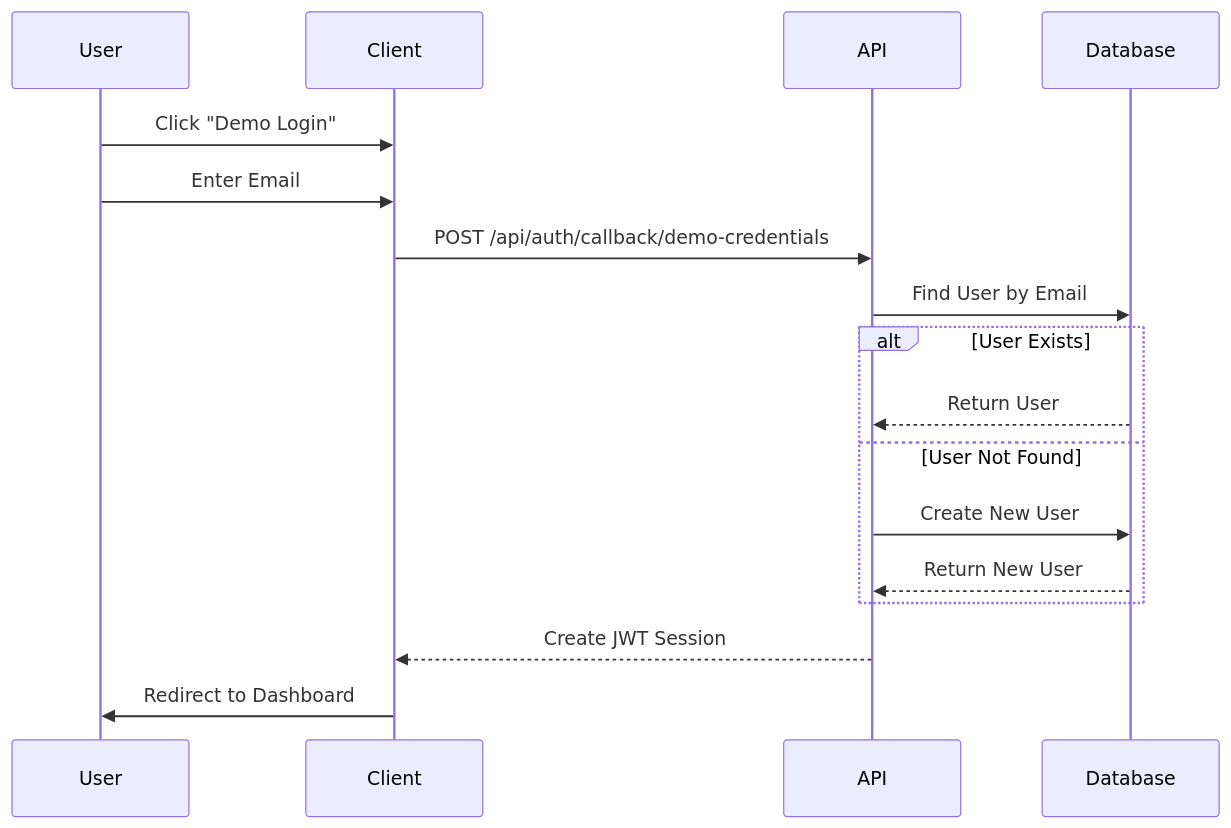
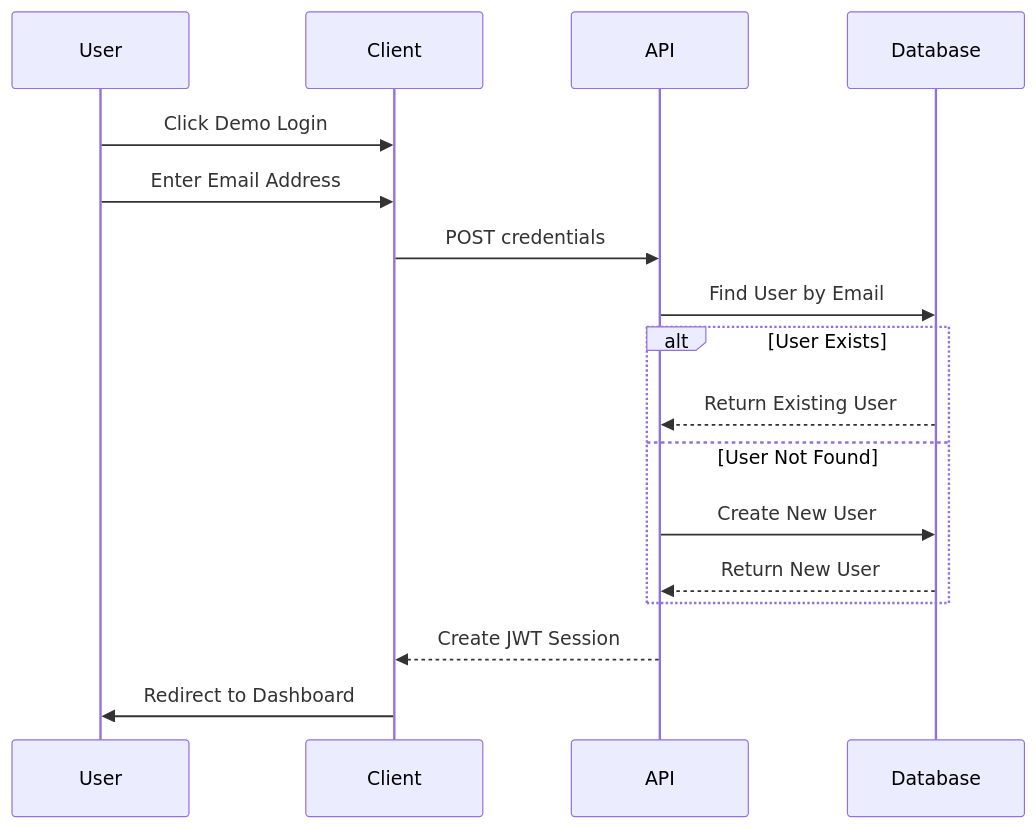
One commit to anshsharmacse/Real-time-Collaborative-Task-Manager changed the seventh of 24 diagrams in README.md. Above: the diagram before and after it, drawn with Mermaid. The commit also changed other lines of this file, not shown here.

````diff
--- a/README.md
+++ b/README.md
@@ -412,22 +341,22 @@
 ```mermaid
 sequenceDiagram
-    participant U as User
-    participant C as Client
-    participant A as API
-    participant D as Database
+    participant User
+    participant Client
+    participant API
+    participant Database
     
-    U->>C: Click "Demo Login"
-    U->>C: Enter Email
-    C->>A: POST /api/auth/callback/demo-credentials
-    A->>D: Find User by Email
+    User->>Client: Click Demo Login
+    User->>Client: Enter Email Address
+    Client->>API: POST credentials
+    API->>Database: Find User by Email
     
     alt User Exists
-        D-->>A: Return User
+        Database-->>API: Return Existing User
     else User Not Found
-        A->>D: Create New User
-        D-->>A: Return New User
+        API->>Database: Create New User
+        Database-->>API: Return New User
     end
     
-    A-->>C: Create JWT Session
-    C->>U: Redirect to Dashboard
+    API-->>Client: Create JWT Session
+    Client->>User: Redirect to Dashboard
 ```
````
